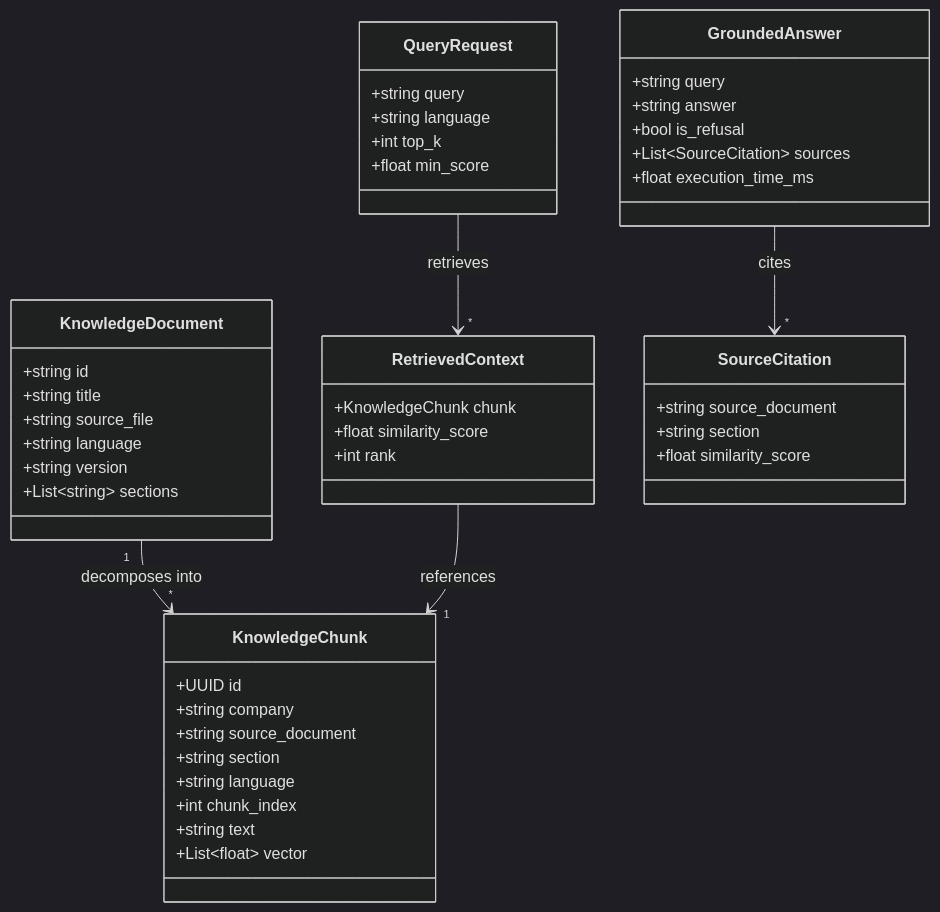
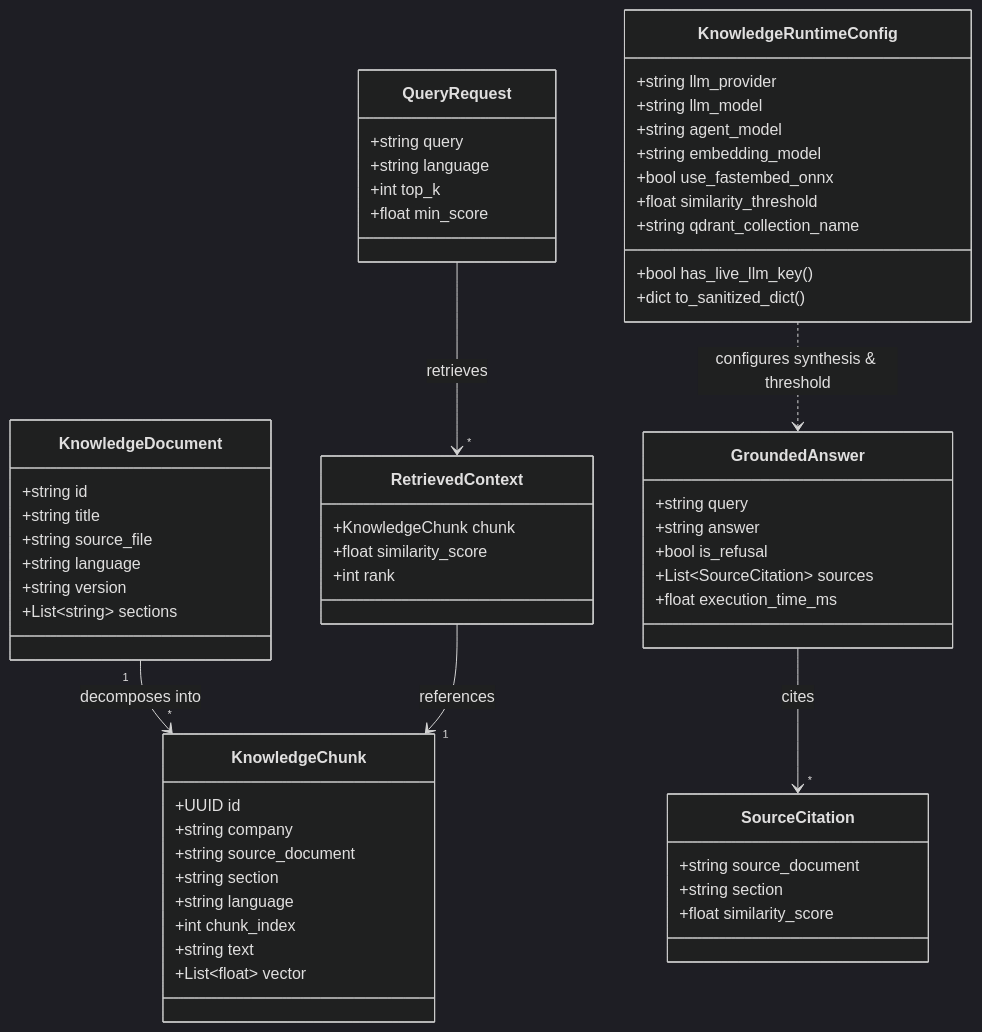
Before and after one commit to 4GeeksAcademy/aie-pt-3-ai-engineering-company-project-monorepo-Francisco_Patrick: the diagram in specs/026-rag-knowledge-base/data-model.md, drawn with Mermaid (dark theme). The commit also changed other lines of this file and 7 other files, not shown here.

````diff
--- a/specs/026-rag-knowledge-base/data-model.md
+++ b/specs/026-rag-knowledge-base/data-model.md
@@ -13,54 +13,67 @@
 ```mermaid
 classDiagram
     class KnowledgeDocument {
         +string id
         +string title
         +string source_file
         +string language
         +string version
         +List~string~ sections
     }
 
     class KnowledgeChunk {
         +UUID id
         +string company
         +string source_document
         +string section
         +string language
         +int chunk_index
         +string text
         +List~float~ vector
     }
 
     class QueryRequest {
         +string query
         +string language
         +int top_k
         +float min_score
     }
 
     class RetrievedContext {
         +KnowledgeChunk chunk
         +float similarity_score
         +int rank
     }
 
     class GroundedAnswer {
         +string query
         +string answer
         +bool is_refusal
         +List~SourceCitation~ sources
         +float execution_time_ms
     }
 
     class SourceCitation {
         +string source_document
         +string section
         +float similarity_score
     }
 
+    class KnowledgeRuntimeConfig {
+        +string llm_provider
+        +string llm_model
+        +string agent_model
+        +string embedding_model
+        +bool use_fastembed_onnx
+        +float similarity_threshold
+        +string qdrant_collection_name
+        +bool has_live_llm_key()
+        +dict to_sanitized_dict()
+    }
+
     KnowledgeDocument "1" --> "*" KnowledgeChunk : decomposes into
     QueryRequest --> "*" RetrievedContext : retrieves
     RetrievedContext --> "1" KnowledgeChunk : references
     GroundedAnswer --> "*" SourceCitation : cites
+    KnowledgeRuntimeConfig ..> GroundedAnswer : configures synthesis & threshold
 ```
````
